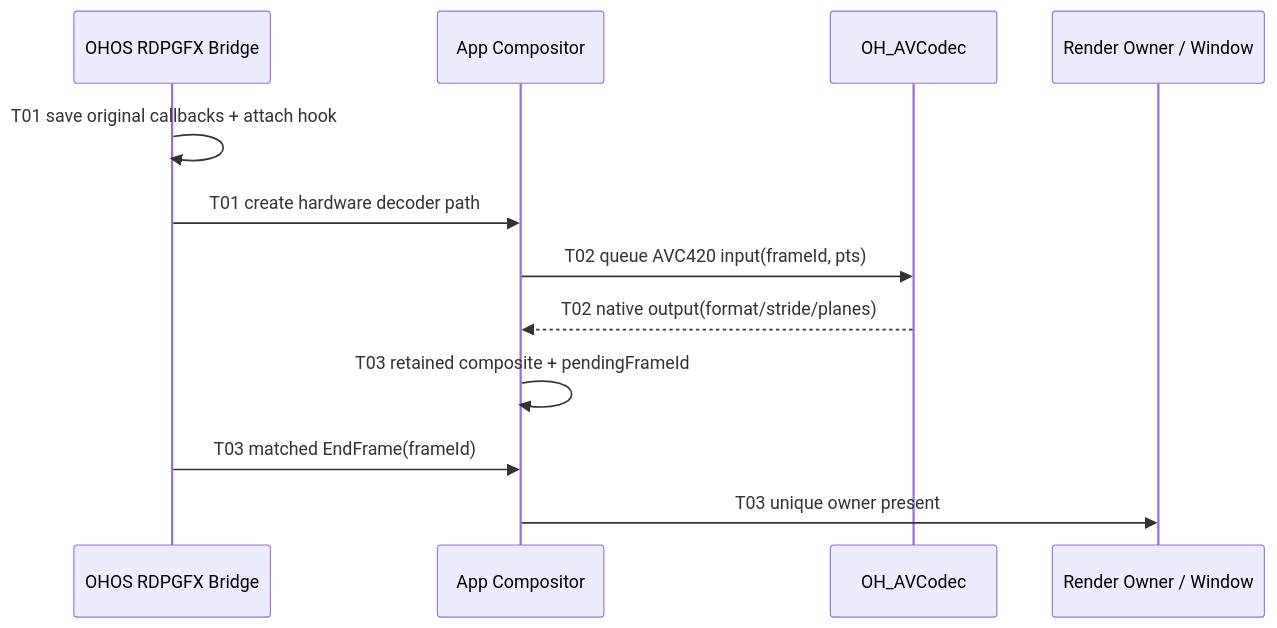
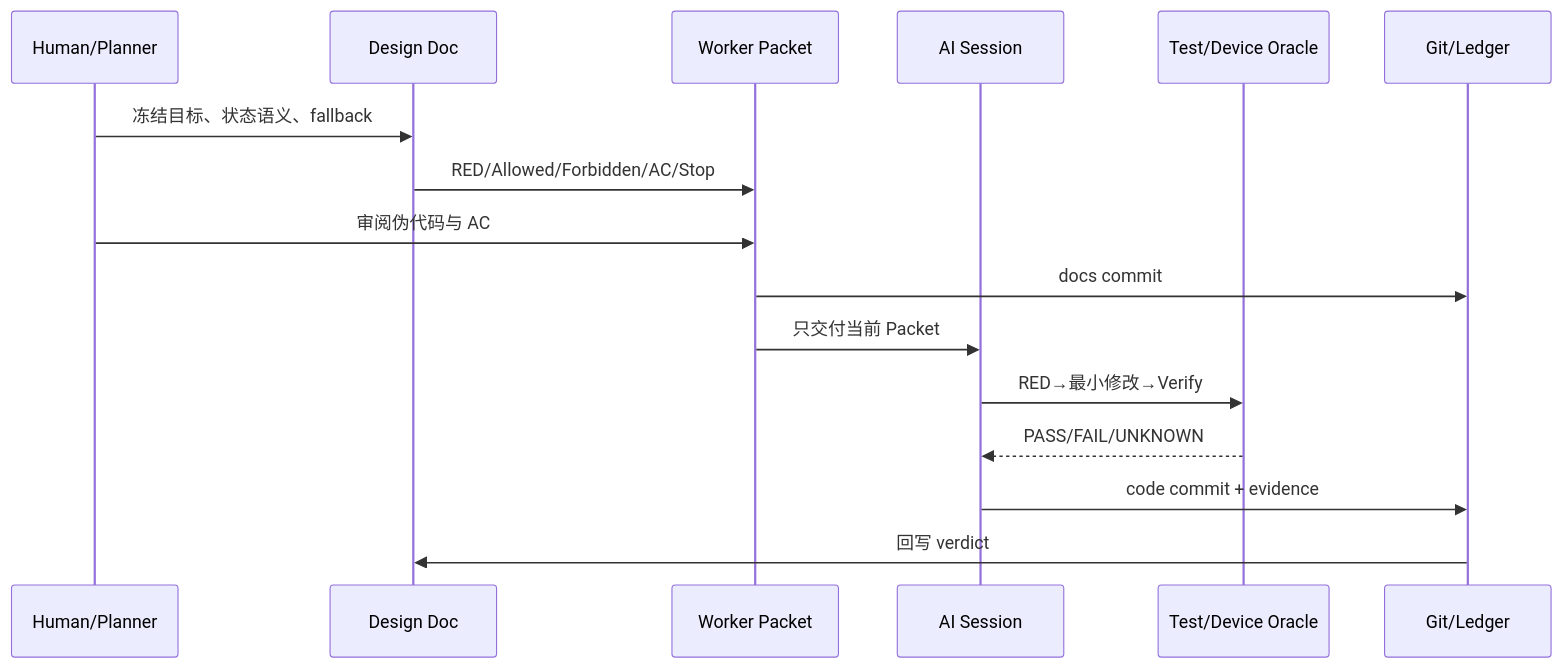
Before and after one commit to xiaomu120413/harmonyos-sdd-ralph-workshop: diagram 12 of 15 in harmonyos-sdd-ralph-workshop.md, drawn with Mermaid. The commit also changed other lines of this file and 8 other files, not shown here.

First line of the commit message:
docs(gpu): rebuild slides 28-38 evidence flow

````diff
--- a/harmonyos-sdd-ralph-workshop.md
+++ b/harmonyos-sdd-ralph-workshop.md
@@ -2054,14 +1786,18 @@
 ```mermaid
 sequenceDiagram
-    participant B as OHOS RDPGFX Bridge
-    participant C as App Compositor
-    participant D as OH_AVCodec
-    participant W as Render Owner / Window
-    B->>B: T01 save original callbacks + attach hook
-    B->>C: T01 create hardware decoder path
-    C->>D: T02 queue AVC420 input(frameId, pts)
-    D-->>C: T02 native output(format/stride/planes)
-    C->>C: T03 retained composite + pendingFrameId
-    B->>C: T03 matched EndFrame(frameId)
-    C->>W: T03 unique owner present
+  participant H as Human/Planner
+  participant D as Design Doc
+  participant W as Worker Packet
+  participant A as AI Session
+  participant T as Test/Device Oracle
+  participant G as Git/Ledger
+  H->>D: 冻结目标、状态语义、fallback
+  D->>W: RED/Allowed/Forbidden/AC/Stop
+  H->>W: 审阅伪代码与 AC
+  W->>G: docs commit
+  W->>A: 只交付当前 Packet
+  A->>T: RED→最小修改→Verify
+  T-->>A: PASS/FAIL/UNKNOWN
+  A->>G: code commit + evidence
+  G->>D: 回写 verdict
 ```
````
